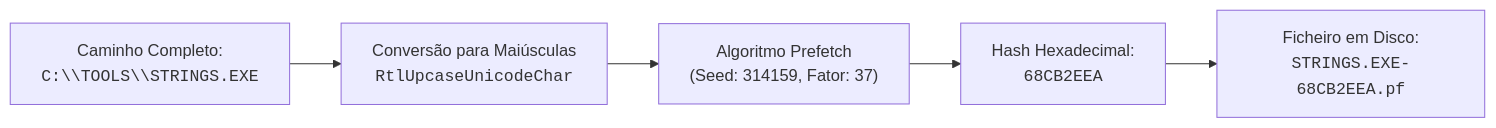
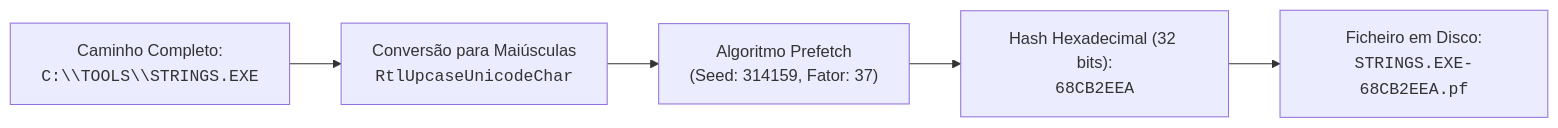
The diagram in ASSI/Capítulo 01 - Sistemas Operativos, Serviços e Artefactos/10 - Prefetch e SysMain/Estrutura Interna e Algoritmo de Hashing do Prefetch.md (IanR0sal3s/MCIF-Vault), drawn with Mermaid before and after one commit. The commit also changed other lines of this file and 140 other files, not shown here.

````diff
--- a/ASSI/Capítulo 01 - Sistemas Operativos, Serviços e Artefactos/10 - Prefetch e SysMain/Estrutura Interna e Algoritmo de Hashing do Prefetch.md
+++ b/ASSI/Capítulo 01 - Sistemas Operativos, Serviços e Artefactos/10 - Prefetch e SysMain/Estrutura Interna e Algoritmo de Hashing do Prefetch.md
@@ -67,7 +68,7 @@
 ```mermaid
 flowchart LR
     Path["Caminho Completo:<br/><code>C:\\TOOLS\\STRINGS.EXE</code>"] --> Upcase["Conversão para Maiúsculas<br/><code>RtlUpcaseUnicodeChar</code>"]
     Upcase --> HashFunc["Algoritmo Prefetch<br/>(Seed: 314159, Fator: 37)"]
-    HashFunc --> HashHex["Hash Hexadecimal:<br/><code>68CB2EEA</code>"]
+    HashFunc --> HashHex["Hash Hexadecimal (32 bits):<br/><code>68CB2EEA</code>"]
     HashHex --> PfFile["Ficheiro em Disco:<br/><code>STRINGS.EXE-68CB2EEA.pf</code>"]
 ```
````
